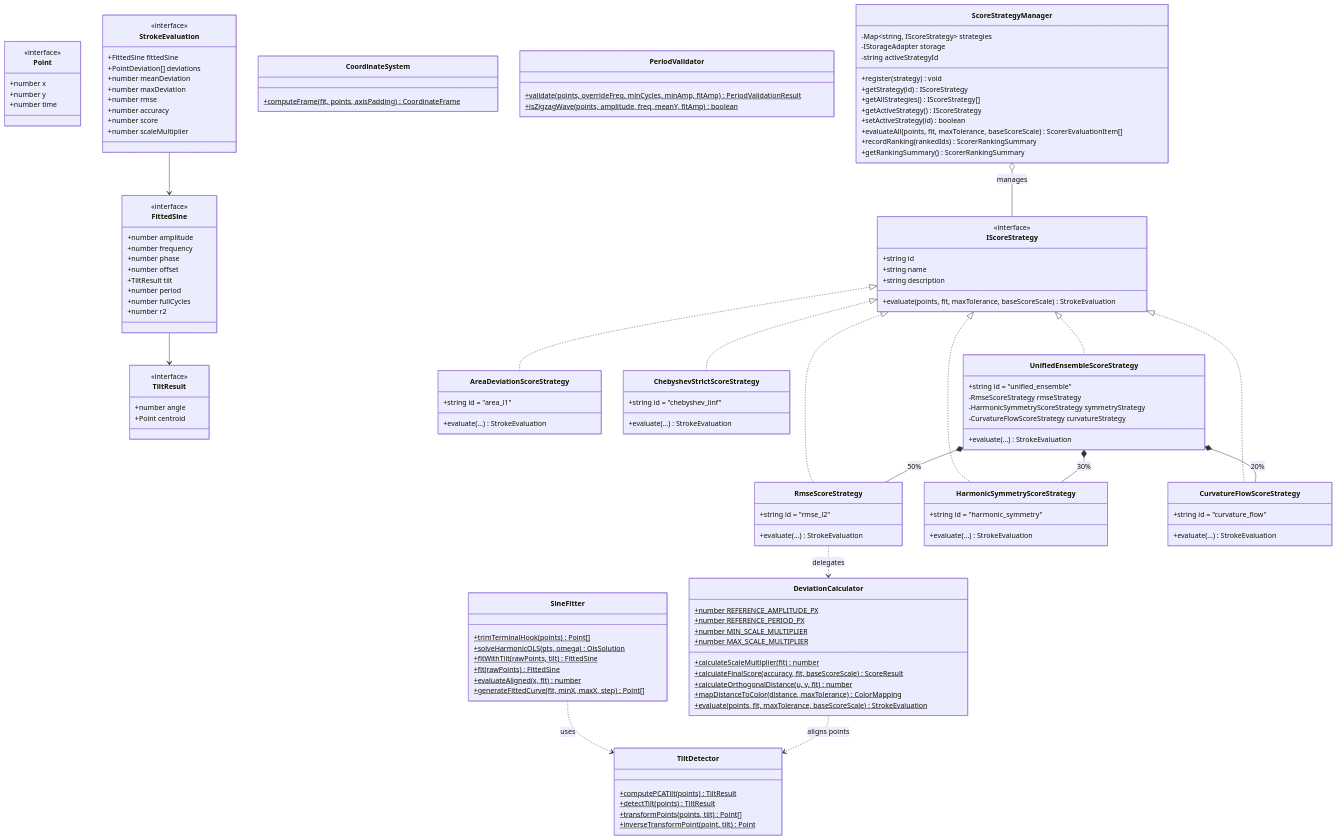
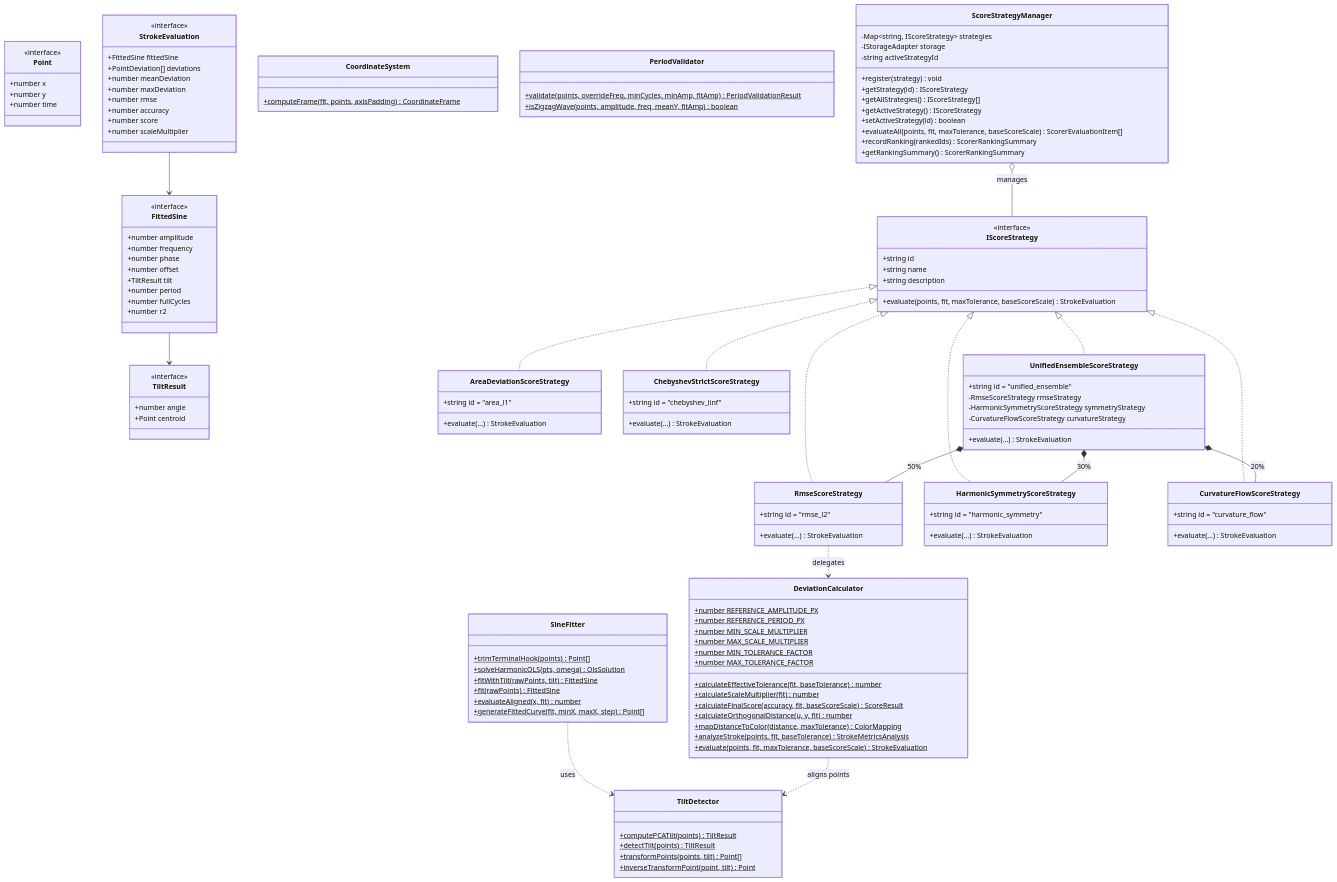
Before and after one commit to maxmmueller/perfect-sine: the second of 5 diagrams in docs/ARCHITECTURE.md, drawn with Mermaid. The commit also changed 10 other files, not shown here.

```diff
--- a/docs/ARCHITECTURE.md
+++ b/docs/ARCHITECTURE.md
@@ -228,10 +228,14 @@
         +number REFERENCE_PERIOD_PX$
         +number MIN_SCALE_MULTIPLIER$
         +number MAX_SCALE_MULTIPLIER$
+        +number MIN_TOLERANCE_FACTOR$
+        +number MAX_TOLERANCE_FACTOR$
+        +calculateEffectiveTolerance(fit, baseTolerance)$ number
         +calculateScaleMultiplier(fit)$ number
         +calculateFinalScore(accuracy, fit, baseScoreScale)$ ScoreResult
         +calculateOrthogonalDistance(u, v, fit)$ number
         +mapDistanceToColor(distance, maxTolerance)$ ColorMapping
+        +analyzeStroke(points, fit, baseTolerance)$ StrokeMetricsAnalysis
         +evaluate(points, fit, maxTolerance, baseScoreScale)$ StrokeEvaluation
     }
 
```
